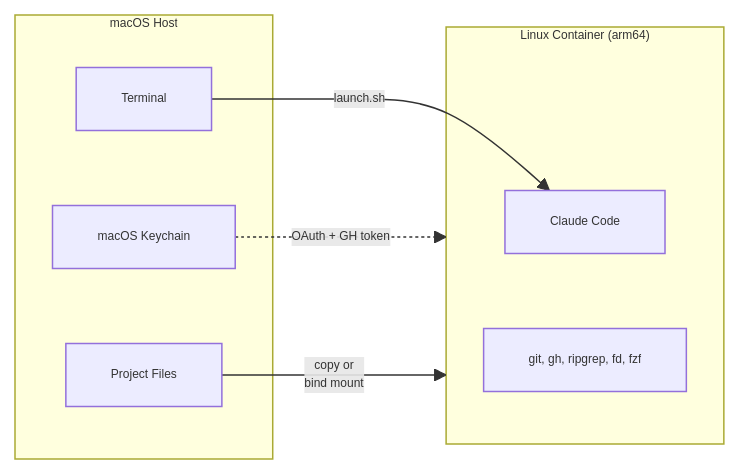
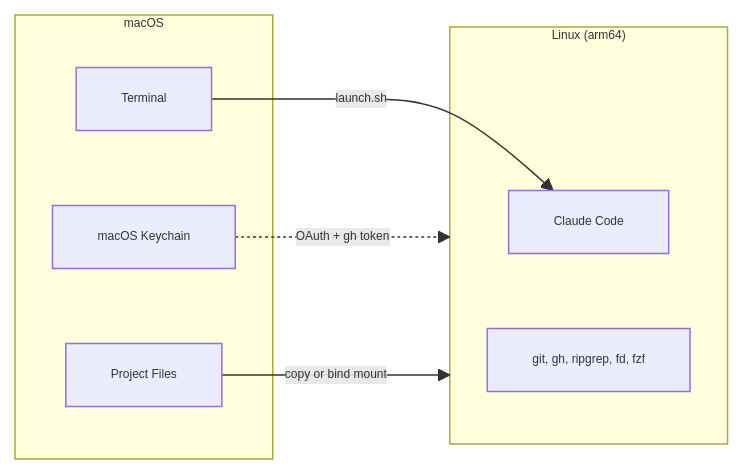
One commit to chew-z/Container changed the first of 2 diagrams in README.md. Above: the diagram before and after it, drawn with Mermaid. The commit also changed other lines of this file, not shown here.

Commit message:
refactor(docs): improve clarity in README regarding container environment
I update the README to use clearer terminology for the host and container environments and refine the description of why Apple Container technology is chosen to better reflect its security and performance benefits.

````diff
--- a/README.md
+++ b/README.md
@@ -5,18 +5,18 @@
 ```mermaid
 %%{init: {"themeVariables": {"fontSize": "8px"}}}%%
 flowchart LR
-    subgraph Host["macOS Host"]
+    subgraph Host["macOS"]
         Terminal["Terminal"]
         Keychain["macOS Keychain"]
         Project["Project Files"]
     end
 
-    subgraph Container["Linux Container (arm64)"]
+    subgraph Container["Linux (arm64)"]
         Claude["Claude Code"]
         Tools["git, gh, ripgrep, fd, fzf"]
     end
 
     Terminal -->|"launch.sh"| Claude
-    Keychain -.->|"OAuth + GH token"| Container
-    Project -->|"copy or\nbind mount"| Container
+    Keychain -.->|"OAuth + gh token"| Container
+    Project -->|"copy or bind mount"| Container
 ```
````
